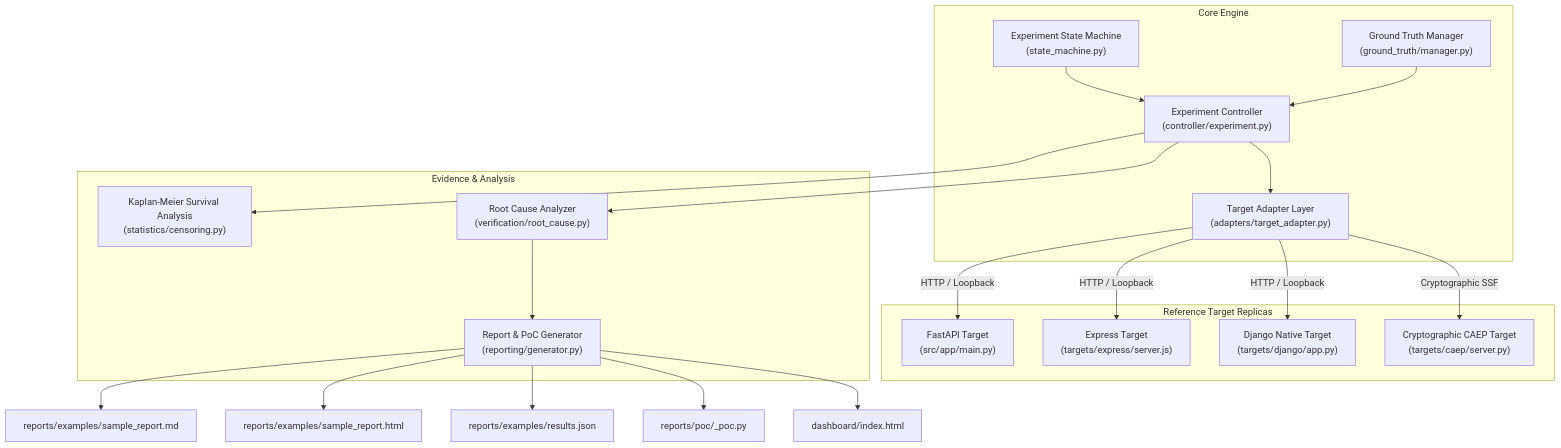
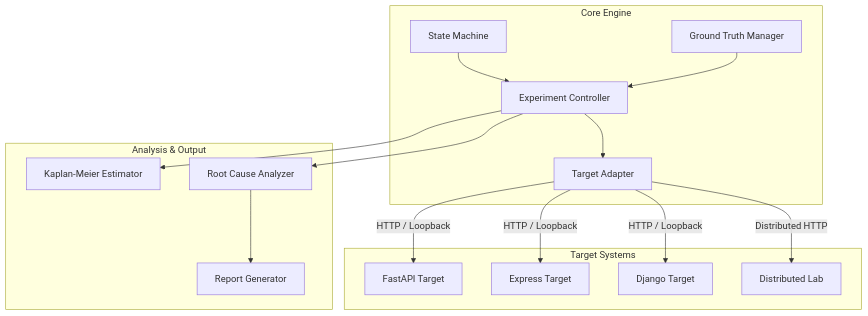
The diagram in README.md (Saisandeep05/AuthTime), drawn with Mermaid before and after one commit. The commit also changed other lines of this file, not shown here.

````diff
--- a/README.md
+++ b/README.md
@@ -151,40 +144,34 @@
 ```mermaid
 flowchart TD
     subgraph Core Engine
-        CSM["Experiment State Machine\n(state_machine.py)"]
-        GTM["Ground Truth Manager\n(ground_truth/manager.py)"]
-        EC["Experiment Controller\n(controller/experiment.py)"]
-        TA["Target Adapter Layer\n(adapters/target_adapter.py)"]
+        CSM["State Machine"]
+        GTM["Ground Truth Manager"]
+        EC["Experiment Controller"]
+        TA["Target Adapter"]
     end
 
-    subgraph Reference Target Replicas
-        FAP["FastAPI Target\n(src/app/main.py)"]
-        EXP["Express Target\n(targets/express/server.js)"]
-        DJG["Django Native Target\n(targets/django/app.py)"]
-        CAEP["Cryptographic CAEP Target\n(targets/caep/server.py)"]
+    subgraph Target Systems
+        FAP["FastAPI Target"]
+        EXP["Express Target"]
+        DJG["Django Target"]
+        LAB["Distributed Lab"]
     end
 
-    subgraph Evidence & Analysis
-        KM["Kaplan-Meier Survival Analysis\n(statistics/censoring.py)"]
-        RCA["Root Cause Analyzer\n(verification/root_cause.py)"]
-        RG["Report & PoC Generator\n(reporting/generator.py)"]
+    subgraph Analysis & Output
+        KM["Kaplan-Meier Estimator"]
+        RCA["Root Cause Analyzer"]
+        RG["Report Generator"]
     end
 
     CSM --> EC
     GTM --> EC
     EC --> TA
     TA -->|HTTP / Loopback| FAP
     TA -->|HTTP / Loopback| EXP
     TA -->|HTTP / Loopback| DJG
-    TA -->|Cryptographic SSF| CAEP
+    TA -->|Distributed HTTP| LAB
 
     EC --> KM
     EC --> RCA
     RCA --> RG
-
-    RG --> MD["reports/examples/sample_report.md"]
-    RG --> HTML["reports/examples/sample_report.html"]
-    RG --> JSON["reports/examples/results.json"]
-    RG --> POC["reports/poc/<exp>_poc.py"]
-    RG --> DASH["dashboard/index.html"]
 ```
````
